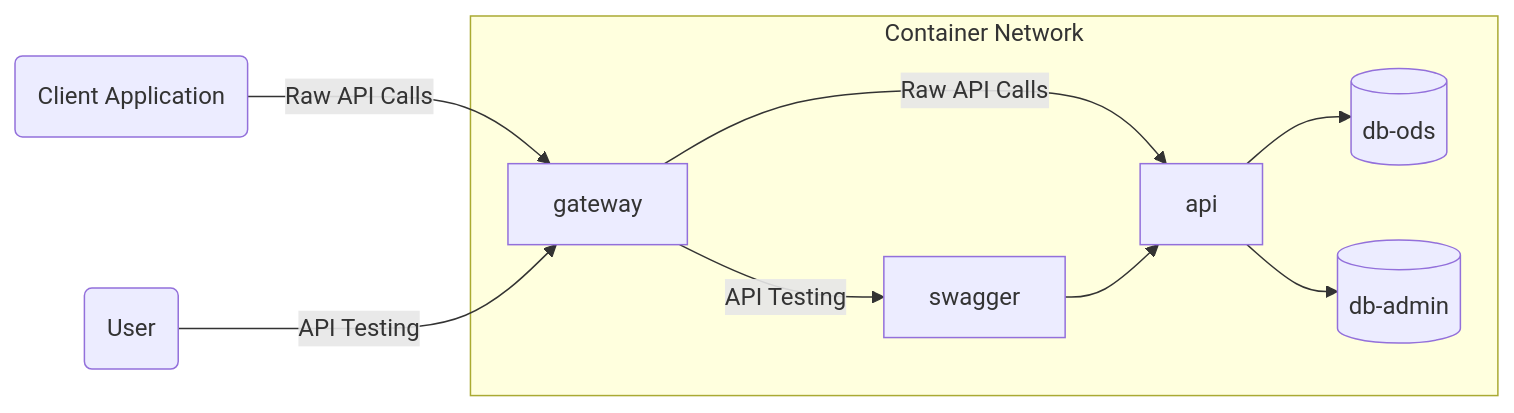
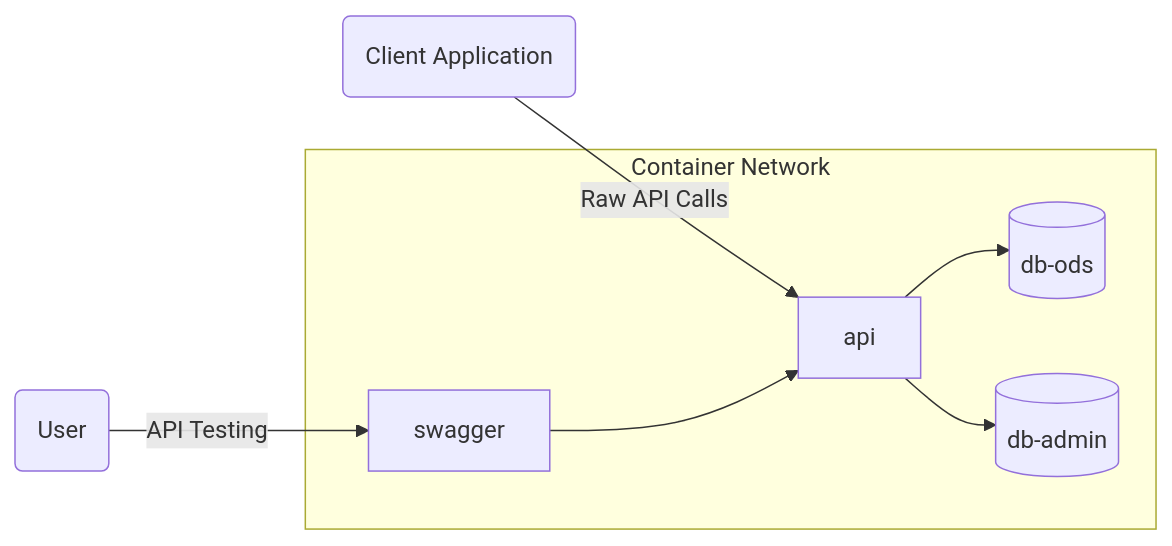
The first of 2 diagrams in Docker/README.md (Ed-Fi-Alliance-OSS/Ed-Fi-ODS-Implementation), drawn with Mermaid before and after one commit. The commit also changed other lines of this file, not shown here.

Commit message:
Remove gateway from readme

````diff
--- a/Docker/README.md
+++ b/Docker/README.md
@@ -75,19 +75,16 @@
 ```mermaid
 flowchart LR
-    A(Client Application) -->|Raw API Calls| B[gateway]
-    B -->|Raw API Calls| C[api]
+    A(Client Application) -->|Raw API Calls| C[api]
     C --> D[(db-ods)]
     C --> E[(db-admin)]
 
-    F(User) -->|API Testing| B
-    B -->|API Testing| G[swagger]
+    F(User) -->|API Testing| G[swagger]
     G --> C
 
     subgraph Container Network
-        B
         C
         D
         E
         G
     end
 ```
````
